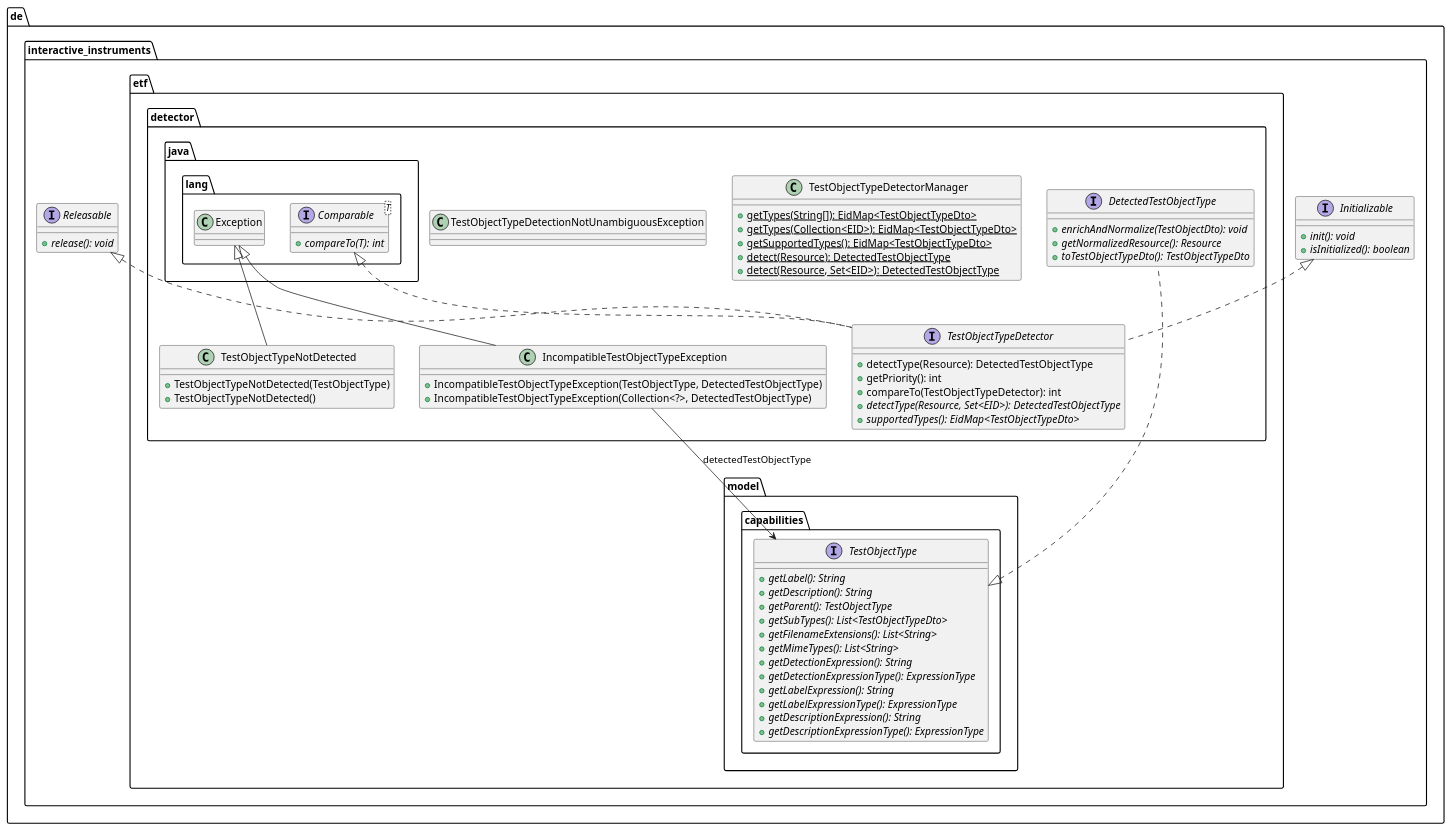
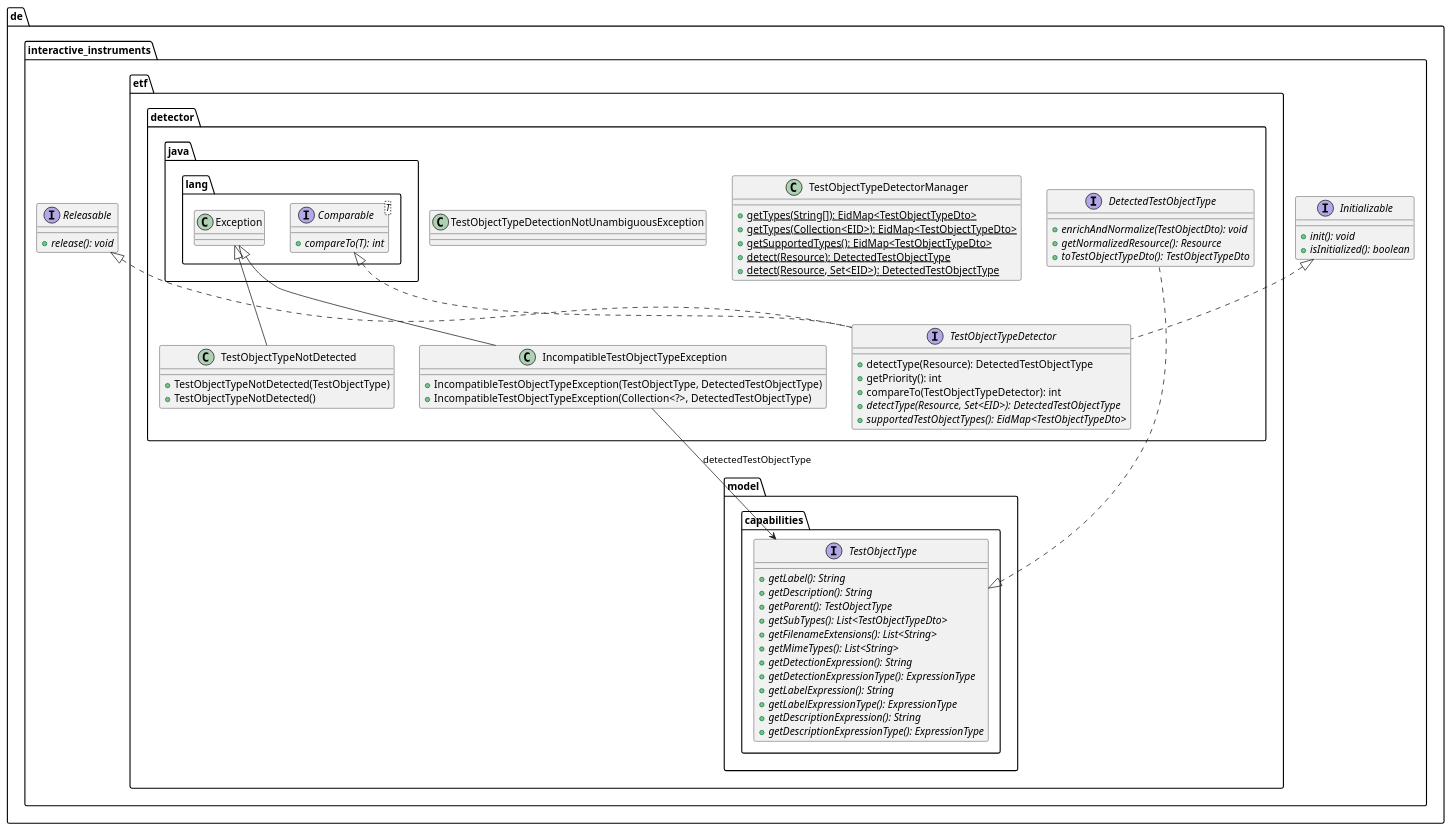
Before and after one commit to interactive-instruments/etf-core: the diagram in docs/javadoc/de/interactive_instruments/etf/detector/package.puml, drawn with PlantUML. The commit also changed 7 other files, not shown here.

```diff
--- a/docs/javadoc/de/interactive_instruments/etf/detector/package.puml
+++ b/docs/javadoc/de/interactive_instruments/etf/detector/package.puml
@@ -1,81 +1,81 @@
 @startuml
 
     namespace de.interactive_instruments.etf.detector {
 
         class TestObjectTypeNotDetected [[TestObjectTypeNotDetected.html]] {
             +TestObjectTypeNotDetected(TestObjectType)
             +TestObjectTypeNotDetected()
         }
 
         class TestObjectTypeDetectorManager [[TestObjectTypeDetectorManager.html]] {
             {static} +getTypes(String[]): EidMap<TestObjectTypeDto>
             {static} +getTypes(Collection<EID>): EidMap<TestObjectTypeDto>
             {static} +getSupportedTypes(): EidMap<TestObjectTypeDto>
             {static} +detect(Resource): DetectedTestObjectType
             {static} +detect(Resource, Set<EID>): DetectedTestObjectType
         }
 
         class TestObjectTypeDetectionNotUnambiguousException [[TestObjectTypeDetectionNotUnambiguousException.html]] {
         }
 
         interface TestObjectTypeDetector [[TestObjectTypeDetector.html]] {
             +detectType(Resource): DetectedTestObjectType
             +getPriority(): int
             +compareTo(TestObjectTypeDetector): int
             {abstract} +detectType(Resource, Set<EID>): DetectedTestObjectType
-            {abstract} +supportedTypes(): EidMap<TestObjectTypeDto>
+            {abstract} +supportedTestObjectTypes(): EidMap<TestObjectTypeDto>
         }
 
         interface DetectedTestObjectType [[DetectedTestObjectType.html]] {
             {abstract} +enrichAndNormalize(TestObjectDto): void
             {abstract} +getNormalizedResource(): Resource
             {abstract} +toTestObjectTypeDto(): TestObjectTypeDto
         }
 
         class IncompatibleTestObjectTypeException [[IncompatibleTestObjectTypeException.html]] {
             +IncompatibleTestObjectTypeException(TestObjectType, DetectedTestObjectType)
             +IncompatibleTestObjectTypeException(Collection<?>, DetectedTestObjectType)
         }
 
         class java.lang.Exception
         java.lang.Exception <|-- TestObjectTypeNotDetected
 
         interface de.interactive_instruments.Initializable {
             {abstract} +init(): void
             {abstract} +isInitialized(): boolean
         }
         de.interactive_instruments.Initializable <|.. TestObjectTypeDetector
 
         interface de.interactive_instruments.Releasable {
             {abstract} +release(): void
         }
         de.interactive_instruments.Releasable <|.. TestObjectTypeDetector
 
         interface java.lang.Comparable<T> {
             {abstract} +compareTo(T): int
         }
         java.lang.Comparable <|.. TestObjectTypeDetector
 
         interface de.interactive_instruments.etf.model.capabilities.TestObjectType {
             {abstract} +getLabel(): String
             {abstract} +getDescription(): String
             {abstract} +getParent(): TestObjectType
             {abstract} +getSubTypes(): List<TestObjectTypeDto>
             {abstract} +getFilenameExtensions(): List<String>
             {abstract} +getMimeTypes(): List<String>
             {abstract} +getDetectionExpression(): String
             {abstract} +getDetectionExpressionType(): ExpressionType
             {abstract} +getLabelExpression(): String
             {abstract} +getLabelExpressionType(): ExpressionType
             {abstract} +getDescriptionExpression(): String
             {abstract} +getDescriptionExpressionType(): ExpressionType
         }
         de.interactive_instruments.etf.model.capabilities.TestObjectType <|.. DetectedTestObjectType
 
         java.lang.Exception <|-- IncompatibleTestObjectTypeException
 
         IncompatibleTestObjectTypeException --> de.interactive_instruments.etf.model.capabilities.TestObjectType: detectedTestObjectType
 
     }
 
 @enduml
```
